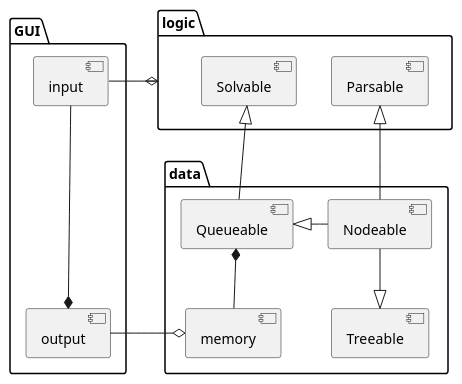
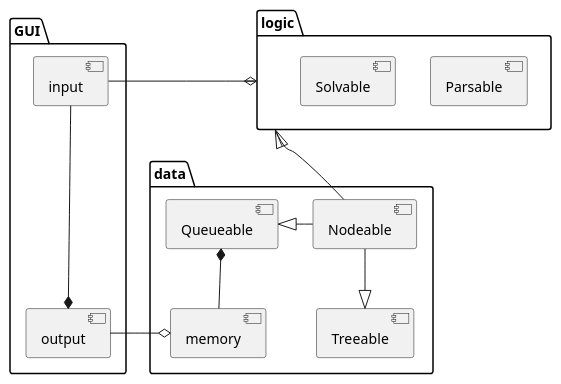
Before and after one commit to vitalispopoff/calculator: the diagram in src/docs/UML/architecture.puml, drawn with PlantUML. The commit also changed 12 other files, not shown here.

```diff
--- a/src/docs/UML/architecture.puml
+++ b/src/docs/UML/architecture.puml
@@ -1,31 +1,31 @@
 @startuml
 
 package GUI {
     component output
     component input
 }
 
 package logic {
     component Parsable
     component Solvable
 
 }
 
 package data {
     component memory
     component Queueable
     component Treeable
     component Nodeable
 }
 
 [input]     -right-o    logic
+logic       <|-down-    [Nodeable]
 [output]    *-up--      [input]
 [output]    -right-o    [memory]
 
 [Queueable] *-down-     [memory]
-[Solvable]  <|-down-    [Queueable]
+
 [Nodeable]  -left-|>    [Queueable]
 [Nodeable]  -down-|>    [Treeable]
-[Parsable]  <|-down-    [Nodeable]
 
 @enduml
```
